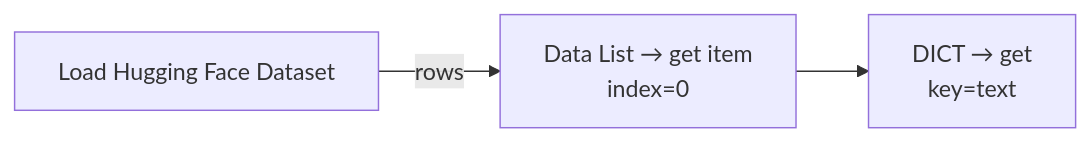
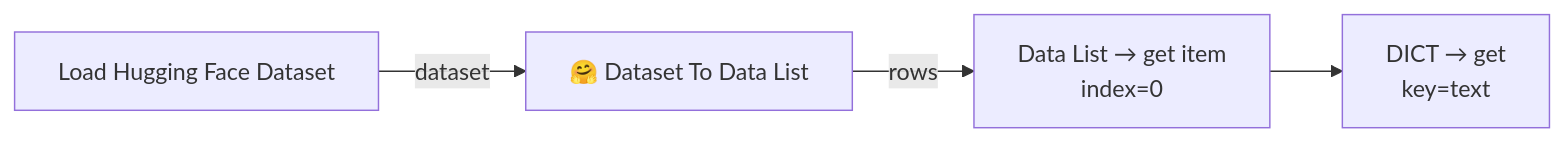
Before and after one commit to StableLlama/ComfyUI-huggingface_dataset: the second of 5 diagrams in README.md, drawn with Mermaid. The commit also changed other lines of this file and 13 other files, not shown here.

````diff
--- a/README.md
+++ b/README.md
@@ -171,5 +191,6 @@
 ```mermaid
 flowchart LR
-    A[Load Hugging Face Dataset] -->|rows| B[Data List → get item<br/>index=0]
+    A[Load Hugging Face Dataset] -->|dataset| D[🤗 Dataset To Data List]
+    D -->|rows| B[Data List → get item<br/>index=0]
     B --> C[DICT → get<br/>key=text]
 ```
````
